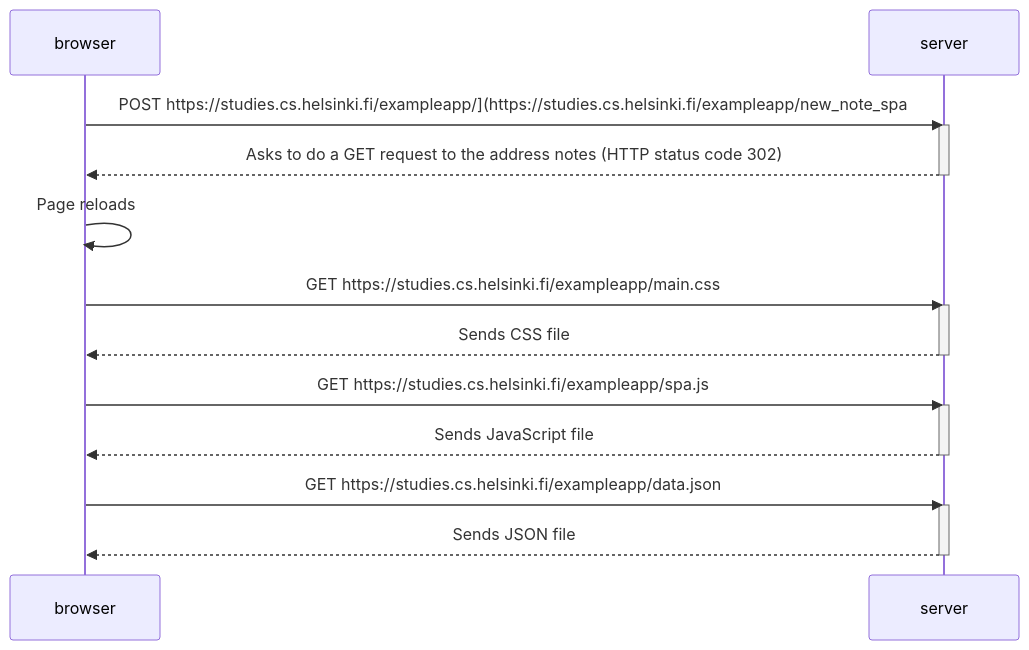
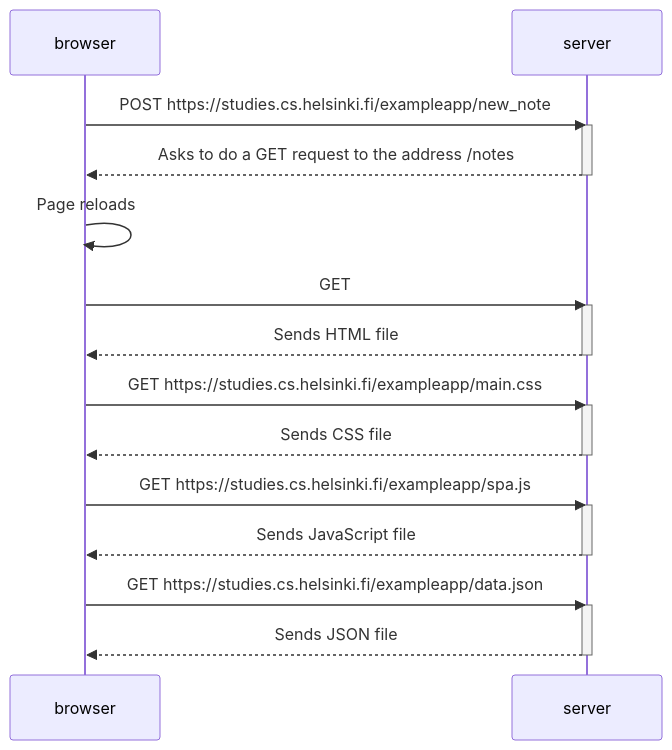
The diagram in Part0/0.4: New note diagram.md (early-dew/FullStackOpen), drawn with Mermaid before and after one commit.

Commit message:
Update 0.4: New note diagram.md

````diff
--- a/Part0/0.4: New note diagram.md
+++ b/Part0/0.4: New note diagram.md
@@ -1,22 +1,26 @@
 ```mermaid
 sequenceDiagram
  participant browser
  participant server
- browser->>server: POST https://studies.cs.helsinki.fi/exampleapp/](https://studies.cs.helsinki.fi/exampleapp/new_note_spa
+ browser->>server: POST https://studies.cs.helsinki.fi/exampleapp/new_note
  activate server
- server-->>browser:  Asks to do a GET request to the address notes (HTTP status code 302)
+ server-->>browser:  Asks to do a GET request to the address /notes
  deactivate server
  browser->>browser: Page reloads
+ browser->>server: GET 
+ activate server
+ server-->>browser: Sends HTML file
+ deactivate server
  browser->>server: GET https://studies.cs.helsinki.fi/exampleapp/main.css
  activate server
  server-->>browser: Sends CSS file
  deactivate server
  browser->>server: GET https://studies.cs.helsinki.fi/exampleapp/spa.js
  activate server
  server-->>browser: Sends JavaScript file
  deactivate server
  browser->>server: GET https://studies.cs.helsinki.fi/exampleapp/data.json
  activate server
  server-->>browser: Sends JSON file
  deactivate server
 ```
````
